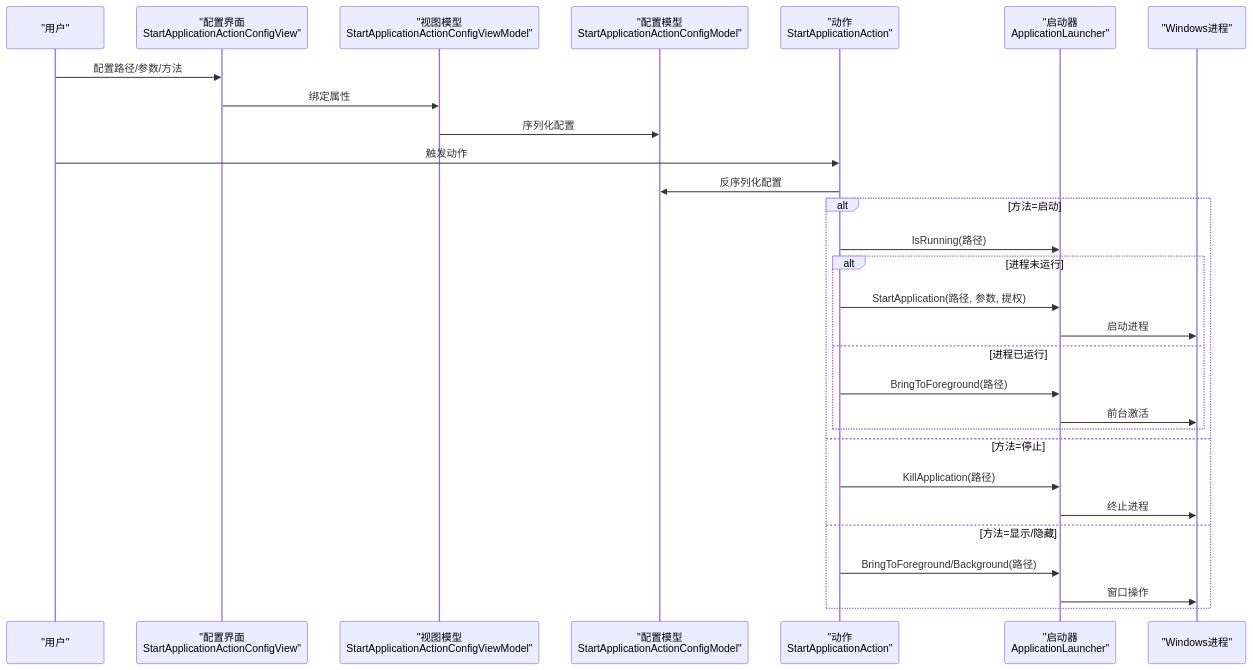
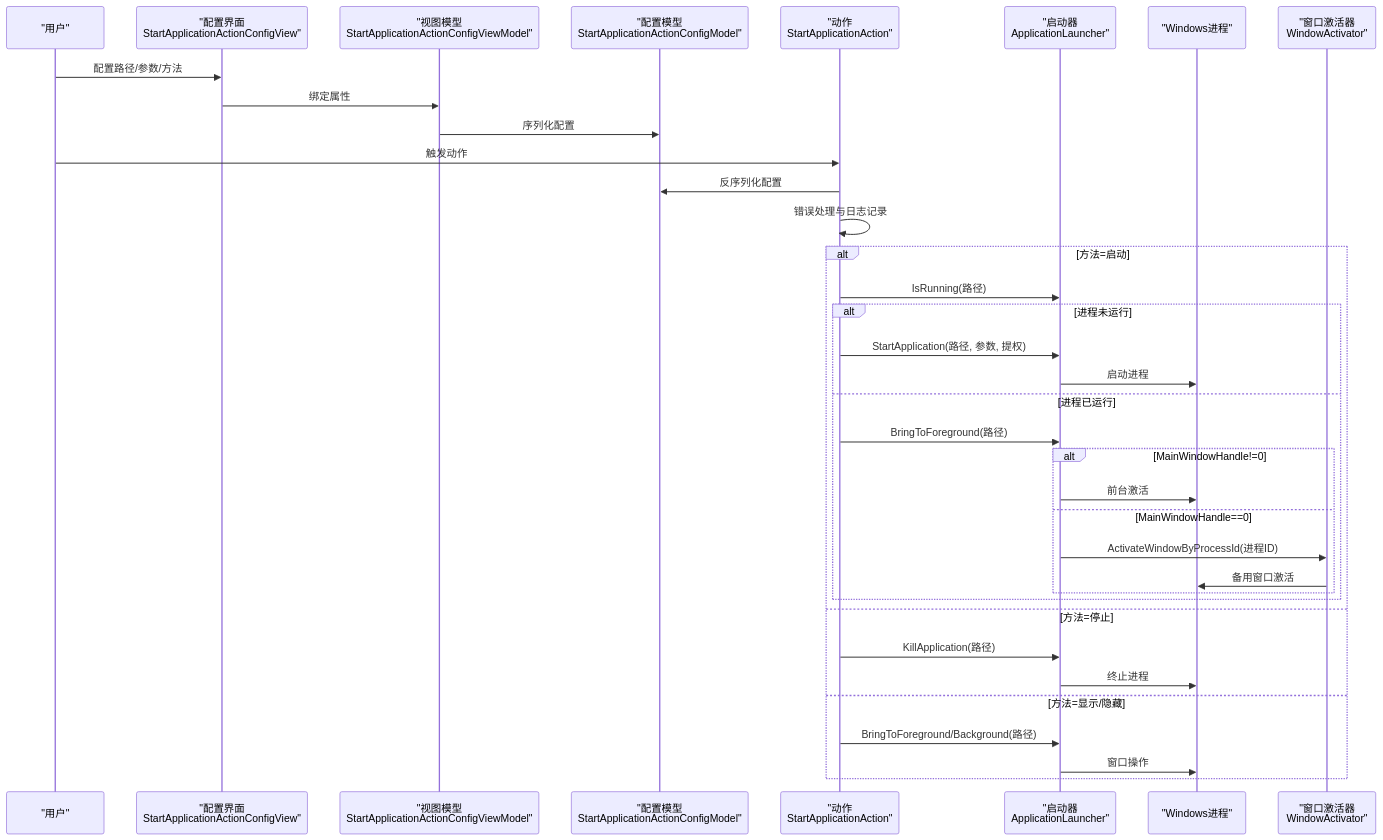
One commit to tea4go/Macro-Deck-Windows-Utils-Plugin changed the second of 6 diagrams in .qoder/repowiki/zh/content/开发者指南/工具函数库/应用程序启动器.md. Above: the diagram before and after it, drawn with Mermaid. The commit also changed other lines of this file and 16 other files, not shown here.

````diff
--- a/.qoder/repowiki/zh/content/开发者指南/工具函数库/应用程序启动器.md
+++ b/.qoder/repowiki/zh/content/开发者指南/工具函数库/应用程序启动器.md
@@ -109,31 +124,38 @@
 ```mermaid
 sequenceDiagram
 participant User as "用户"
 participant UI as "配置界面<br/>StartApplicationActionConfigView"
 participant VM as "视图模型<br/>StartApplicationActionConfigViewModel"
 participant Model as "配置模型<br/>StartApplicationActionConfigModel"
 participant Action as "动作<br/>StartApplicationAction"
 participant Launcher as "启动器<br/>ApplicationLauncher"
 participant Win as "Windows进程"
+participant WindowActivator as "窗口激活器<br/>WindowActivator"
 User->>UI : 配置路径/参数/方法
 UI->>VM : 绑定属性
 VM->>Model : 序列化配置
 User->>Action : 触发动作
 Action->>Model : 反序列化配置
+Action->>Action : 错误处理与日志记录
 alt 方法=启动
 Action->>Launcher : IsRunning(路径)
 alt 进程未运行
 Action->>Launcher : StartApplication(路径, 参数, 提权)
 Launcher->>Win : 启动进程
 else 进程已运行
 Action->>Launcher : BringToForeground(路径)
+alt MainWindowHandle!=0
 Launcher->>Win : 前台激活
+else MainWindowHandle==0
+Launcher->>WindowActivator : ActivateWindowByProcessId(进程ID)
+WindowActivator->>Win : 备用窗口激活
+end
 end
 else 方法=停止
 Action->>Launcher : KillApplication(路径)
 Launcher->>Win : 终止进程
 else 方法=显示/隐藏
 Action->>Launcher : BringToForeground/Background(路径)
 Launcher->>Win : 窗口操作
 end
 ```
````
